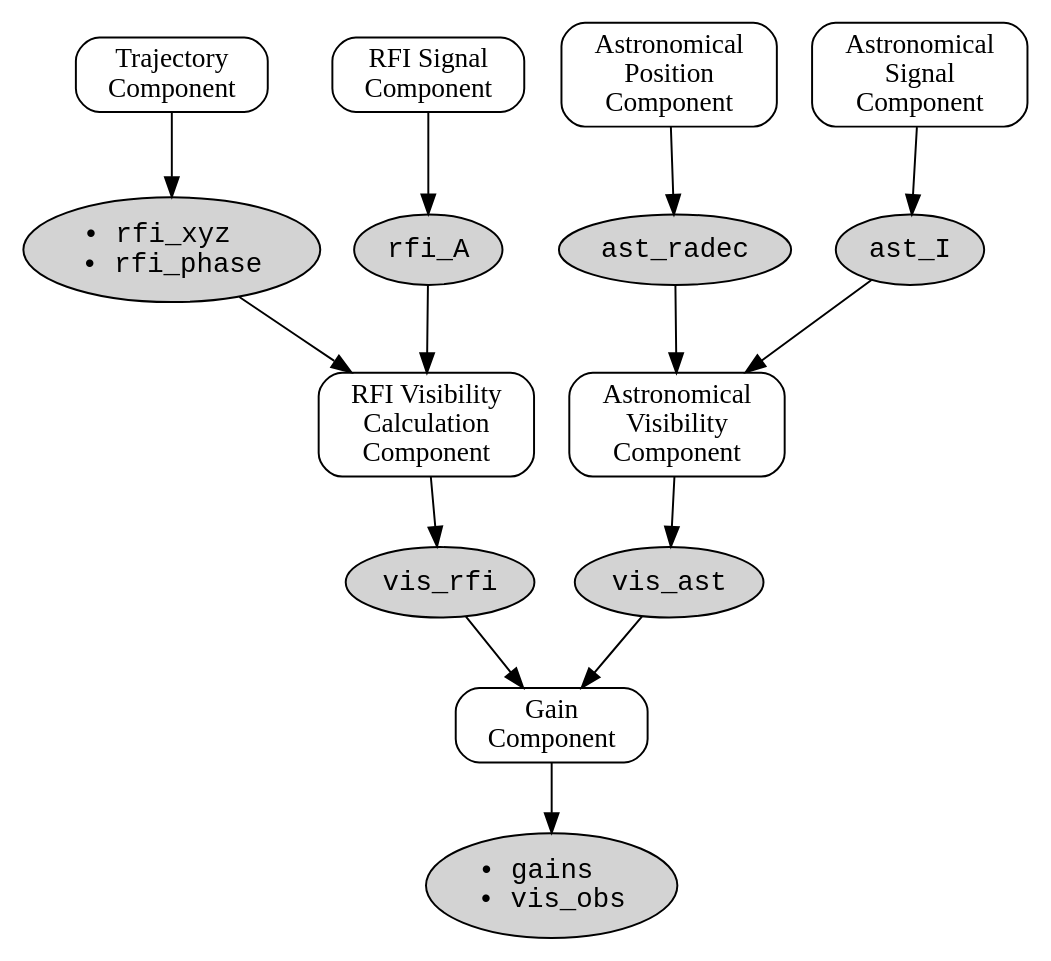
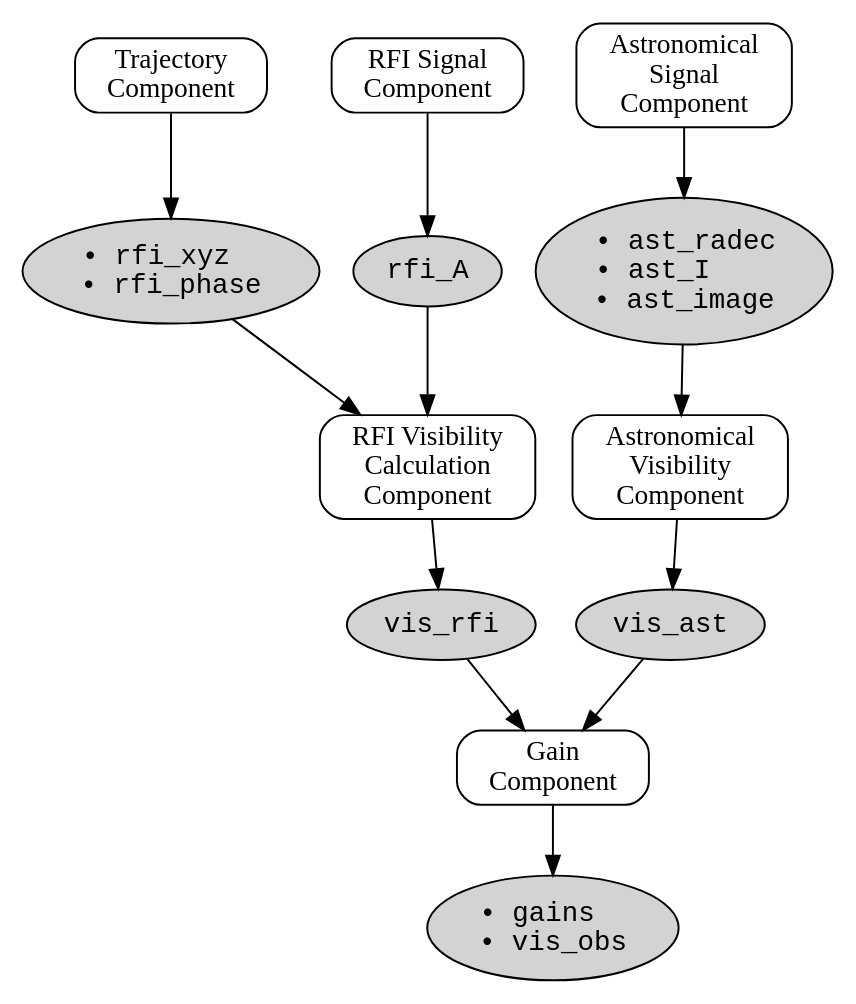
One commit to epfl-radio-astro/tabascal changed the diagram in docs/components.rst. Above: the diagram before and after it, drawn with Graphviz. The commit also changed other lines of this file and 6 other files, not shown here.

First line of the commit message:
Align docs with the ast_signal/ast_vis components and ast.signals schema

```diff
--- a/docs/components.rst
+++ b/docs/components.rst
@@ -16,40 +17,36 @@
 .. graphviz::
 
    digraph Components {
        graph [rankdir=TB, fontsize=10];
        node [shape=box, style="rounded,filled", fillcolor=white, fontcolor=black];
        edge [color=black];
 
        // Top-level components
        Traj [label="Trajectory\nComponent", shape=box];
        RFISig [label="RFI Signal\nComponent", shape=box];
        RFIVis [label="RFI Visibility\nCalculation\nComponent", shape=box];
-       AstPos [label="Astronomical\nPosition\nComponent", shape=box];
        AstSig [label="Astronomical\nSignal\nComponent", shape=box];
        AstVis [label="Astronomical\nVisibility\nComponent", shape=box];
        Gain [label="Gain\nComponent", shape=box];
 
        // Data nodes
        rfi_xyz [label="• rfi_xyz\l• rfi_phase", shape=ellipse, fillcolor=lightgray, fontname="Courier"];
        rfi_A [label="rfi_A", shape=ellipse, fillcolor=lightgray, fontname="Courier"];
        vis_rfi [label="vis_rfi", shape=ellipse, fillcolor=lightgray, fontname="Courier"];
-       ast_radec [label="ast_radec", shape=ellipse, fillcolor=lightgray, fontname="Courier"];
-       ast_I [label="ast_I", shape=ellipse, fillcolor=lightgray, fontname="Courier"];
+       ast_sky [label="• ast_radec\l• ast_I\l• ast_image", shape=ellipse, fillcolor=lightgray, fontname="Courier"];
        vis_ast [label="vis_ast", shape=ellipse, fillcolor=lightgray, fontname="Courier"];
        vis_obs [label="• gains\l• vis_obs", shape=ellipse, fillcolor=lightgray, fontname="Courier"];
 
        // Edges
        Traj -> rfi_xyz;
        RFISig -> rfi_A;
        rfi_xyz -> RFIVis;
        rfi_A -> RFIVis;
        RFIVis -> vis_rfi;
-       AstPos -> ast_radec;
-       AstSig -> ast_I;
-       ast_radec -> AstVis;
-       ast_I -> AstVis;
+       AstSig -> ast_sky;
+       ast_sky -> AstVis;
        AstVis -> vis_ast;
        vis_rfi -> Gain;
        vis_ast -> Gain;
        Gain -> vis_obs;
    }
```
